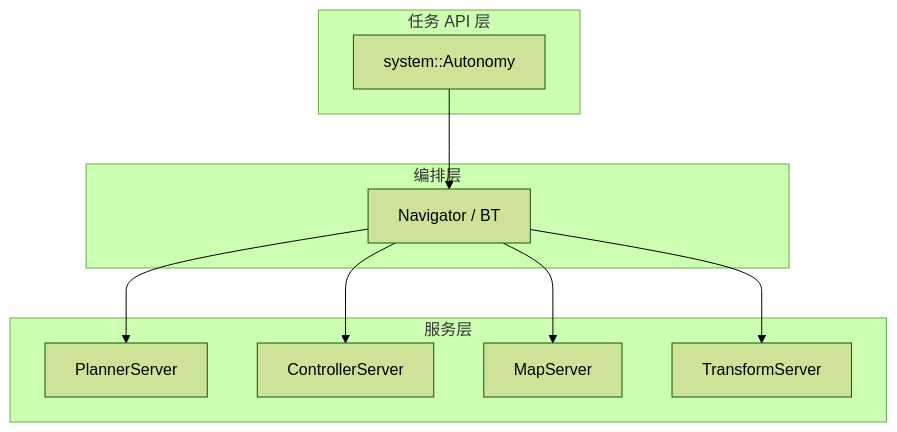
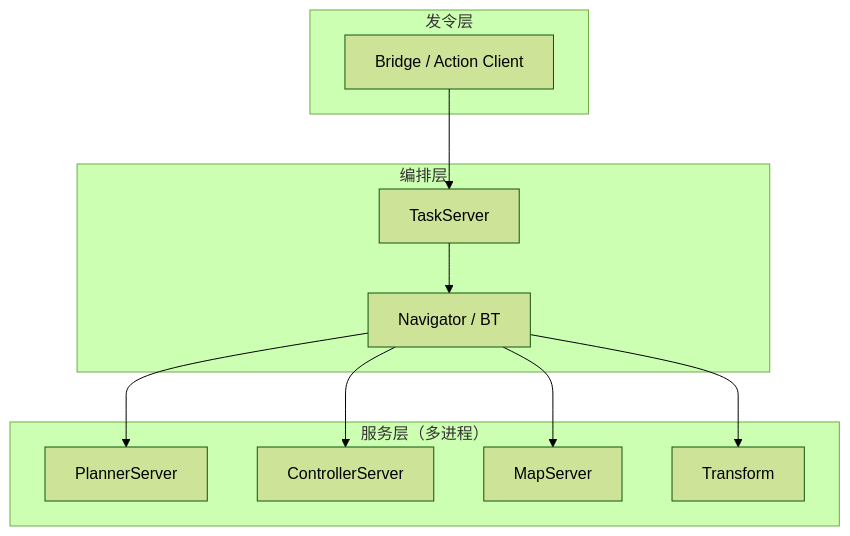
One commit to quandy2020/autonomy changed the diagram in docs/source/17_Tasks/05_architecture.md. Above: the diagram before and after it, drawn with Mermaid (forest theme). The commit also changed other lines of this file and 590 other files, not shown here.

````diff
--- a/docs/source/17_Tasks/05_architecture.md
+++ b/docs/source/17_Tasks/05_architecture.md
@@ -5,21 +5,23 @@
 ```mermaid
 flowchart TB
-    subgraph API["任务 API 层"]
-        A[system::Autonomy]
+    subgraph API["发令层"]
+        B[Bridge / Action Client]
     end
     subgraph Nav["编排层"]
+        T[TaskServer]
         N[Navigator / BT]
     end
-    subgraph Srv["服务层"]
+    subgraph Srv["服务层（多进程）"]
         P[PlannerServer]
         C[ControllerServer]
         M[MapServer]
-        T[TransformServer]
+        X[Transform]
     end
 
-    A --> N
+    B --> T
+    T --> N
     N --> P
     N --> C
     N --> M
-    N --> T
+    N --> X
 ```
````
